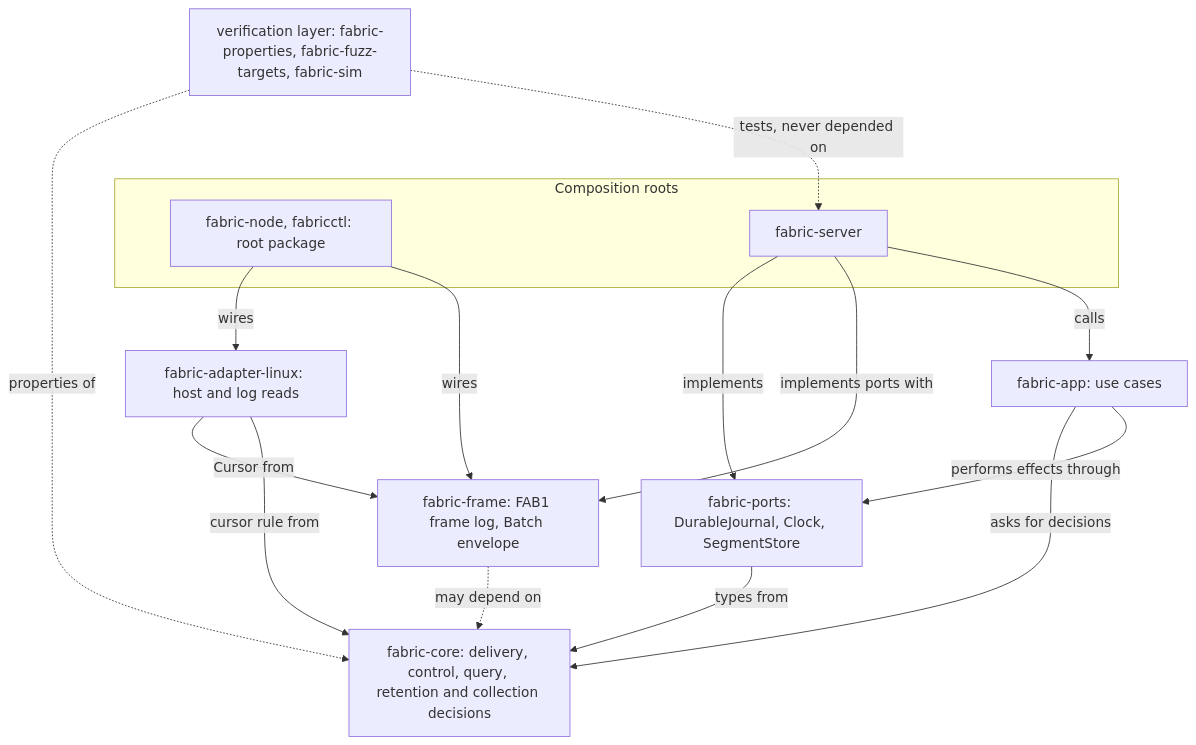
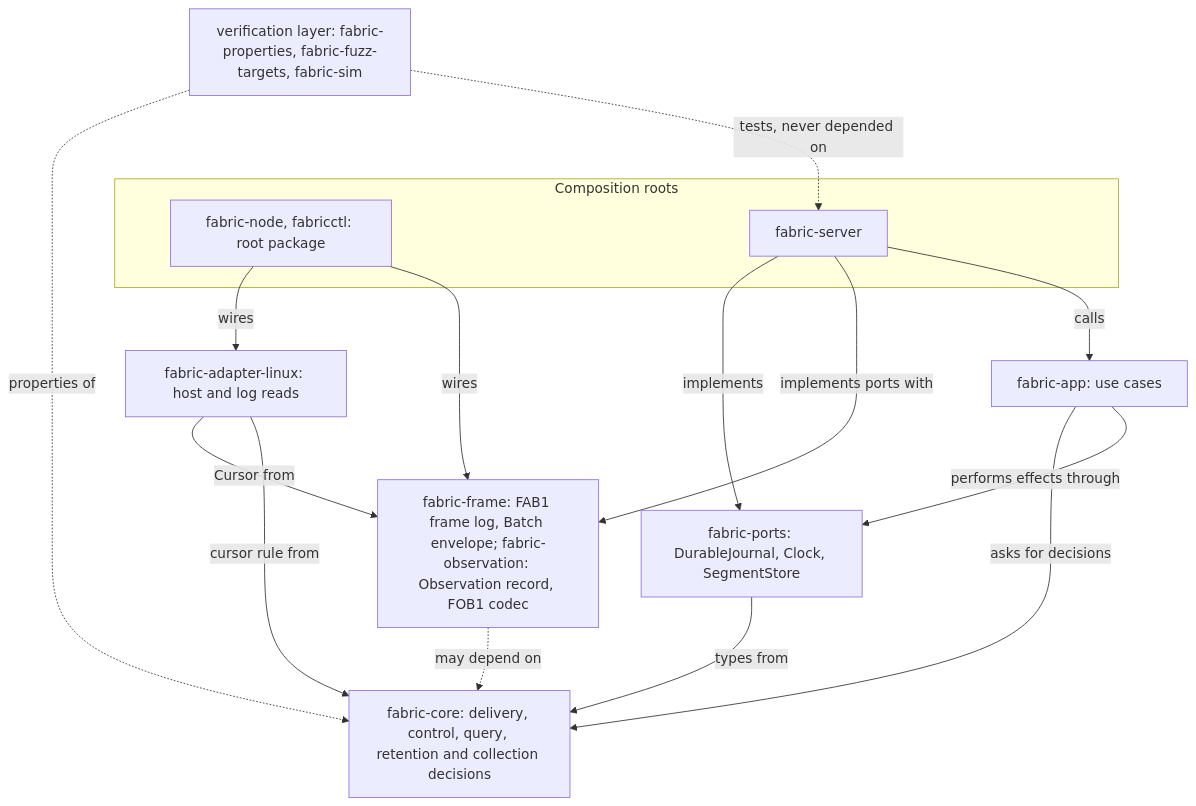
The diagram in docs/diagrams/layers.mmd (kmosoti/FabricO11y), drawn with Mermaid before and after one commit. The commit also changed 21 other files, not shown here.

```diff
--- a/docs/diagrams/layers.mmd
+++ b/docs/diagrams/layers.mmd
@@ -1,24 +1,24 @@
 flowchart TB
     subgraph Roots[Composition roots]
         Node[fabric-node, fabricctl: root package]
         Server[fabric-server]
     end
     App[fabric-app: use cases]
     Ports[fabric-ports: DurableJournal, Clock, SegmentStore]
-    Support[fabric-frame: FAB1 frame log, Batch envelope]
+    Support[fabric-frame: FAB1 frame log, Batch envelope; fabric-observation: Observation record, FOB1 codec]
     Linux[fabric-adapter-linux: host and log reads]
     Core[fabric-core: delivery, control, query, retention and collection decisions]
     Verify[verification layer: fabric-properties, fabric-fuzz-targets, fabric-sim]
     Node -->|wires| Support
     Node -->|wires| Linux
     Linux -->|cursor rule from| Core
     Linux -->|Cursor from| Support
     Server -->|calls| App
     Server -->|implements ports with| Support
     Server -->|implements| Ports
     App -->|performs effects through| Ports
     App -->|asks for decisions| Core
     Ports -->|types from| Core
     Support -.->|may depend on| Core
     Verify -.->|tests, never depended on| Server
     Verify -.->|properties of| Core
```
